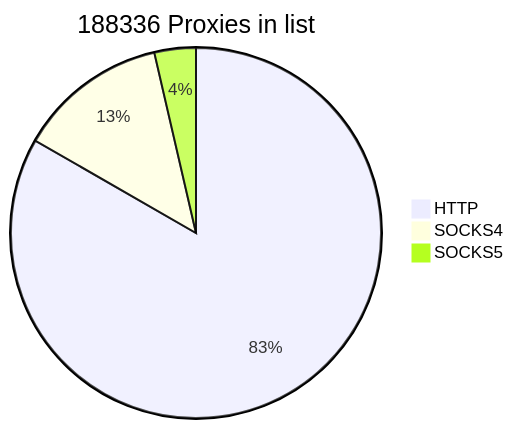
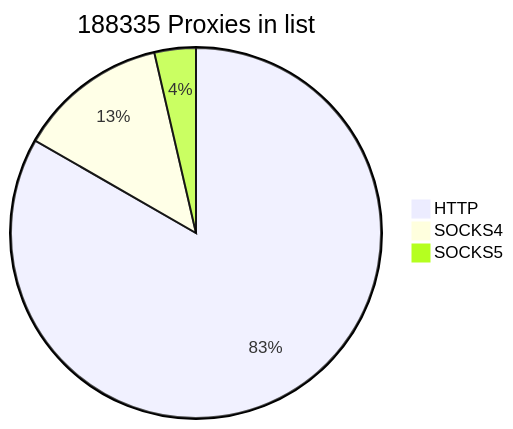
The first of 2 diagrams in README.md (cutipu/proxylist), drawn with Mermaid before and after one commit. The commit also changed other lines of this file, not shown here.

````diff
--- a/README.md
+++ b/README.md
@@ -2,7 +2,7 @@
 ```mermaid
-pie title 188336 Proxies in list
+pie title 188335 Proxies in list
     "HTTP" : 156888
     "SOCKS4" : 24637
-    "SOCKS5" : 6811
+    "SOCKS5" : 6810
             
 ```
````
